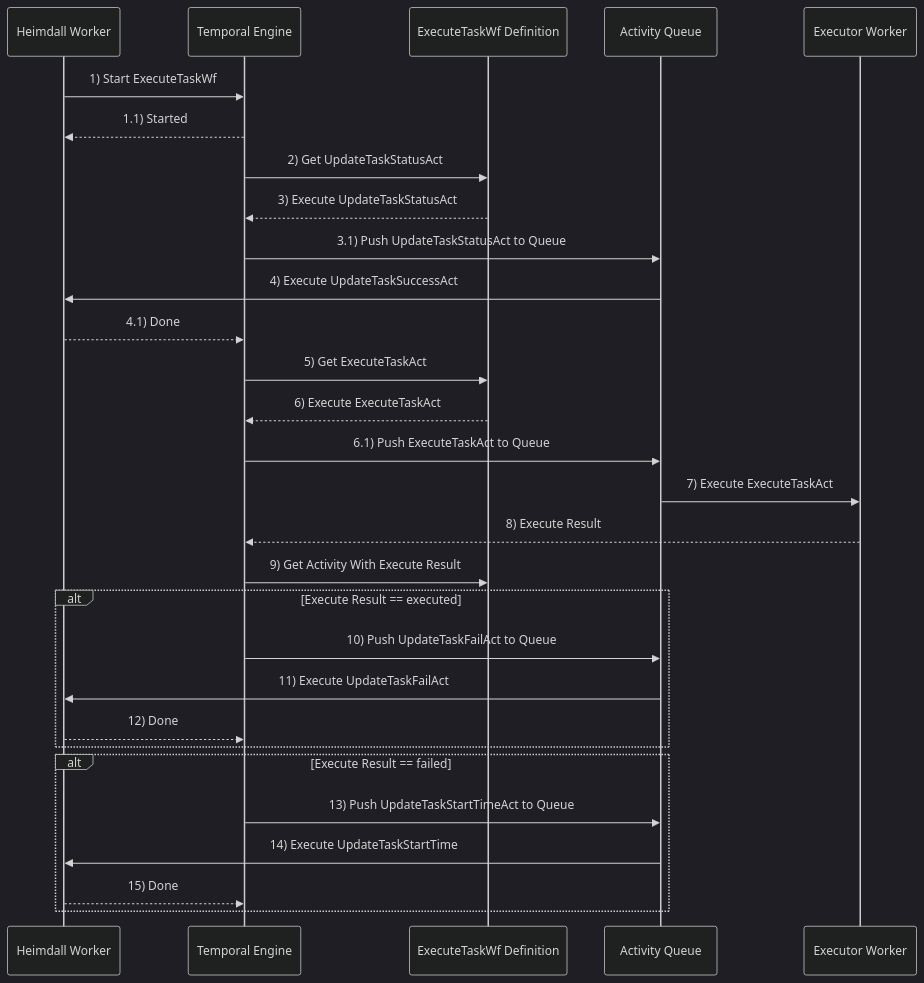
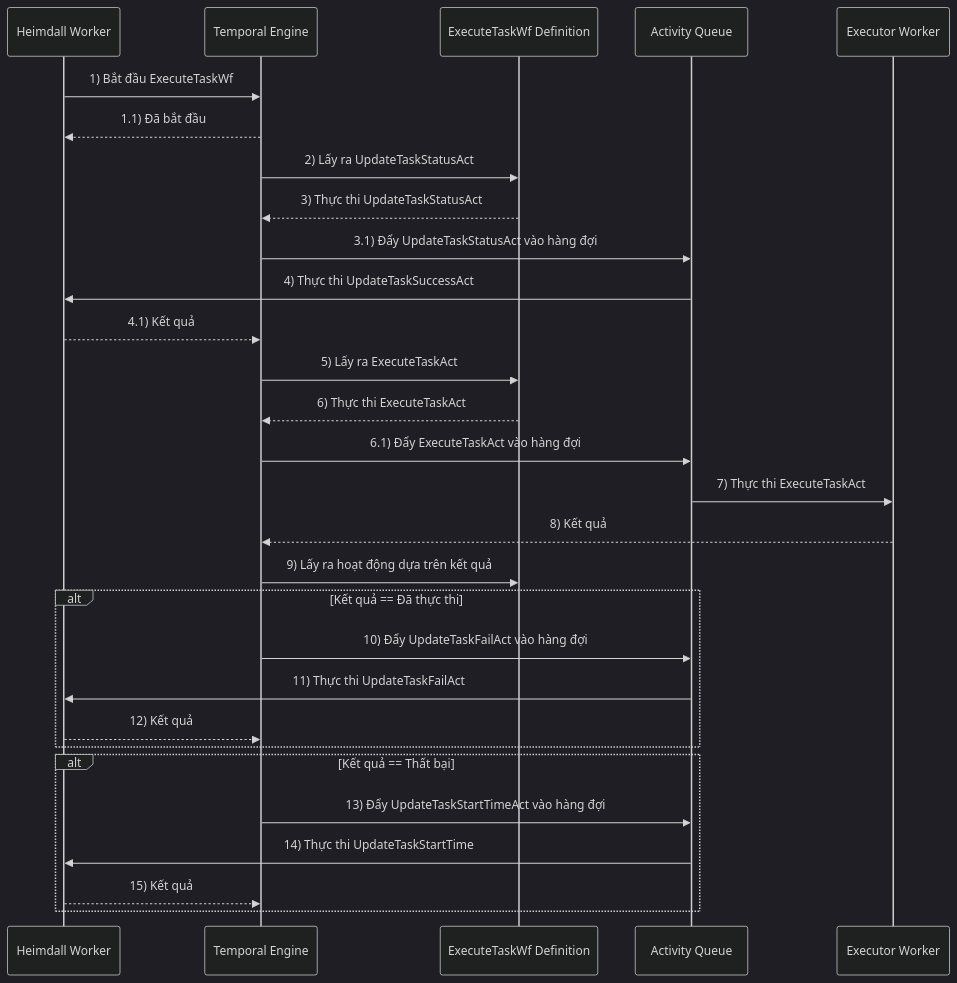
Before and after one commit to pinezapple/workflow: the diagram in doc/execute-task-wf-sequence.md, drawn with Mermaid (dark theme). The commit also changed 5 other files, not shown here.

Commit message:
translate diagram to vietnamese

````diff
--- a/doc/execute-task-wf-sequence.md
+++ b/doc/execute-task-wf-sequence.md
@@ -1,26 +1,26 @@
 ```mermaid
 sequenceDiagram
-	Heimdall Worker ->> Temporal Engine: 1) Start ExecuteTaskWf
-    Temporal Engine -->> Heimdall Worker: 1.1) Started
-    Temporal Engine ->> ExecuteTaskWf Definition: 2) Get UpdateTaskStatusAct
-    ExecuteTaskWf Definition -->> Temporal Engine: 3) Execute UpdateTaskStatusAct 
-    Temporal Engine ->> Activity Queue: 3.1) Push UpdateTaskStatusAct to Queue 
-    Activity Queue ->> Heimdall Worker: 4) Execute UpdateTaskSuccessAct
-    Heimdall Worker -->> Temporal Engine: 4.1) Done
-    Temporal Engine ->> ExecuteTaskWf Definition: 5) Get ExecuteTaskAct
-    ExecuteTaskWf Definition -->> Temporal Engine: 6) Execute ExecuteTaskAct 
-    Temporal Engine ->> Activity Queue: 6.1) Push ExecuteTaskAct to Queue 
-    Activity Queue ->> Executor Worker: 7) Execute ExecuteTaskAct
-    Executor Worker -->> Temporal Engine: 8) Execute Result 
-    Temporal Engine ->> ExecuteTaskWf Definition: 9) Get Activity With Execute Result 
-    alt Execute Result == executed  
-        Temporal Engine ->> Activity Queue: 10) Push UpdateTaskFailAct to Queue 
-        Activity Queue ->> Heimdall Worker: 11) Execute UpdateTaskFailAct
-        Heimdall Worker -->> Temporal Engine: 12) Done
+	Heimdall Worker ->> Temporal Engine: 1) Bắt đầu ExecuteTaskWf
+    Temporal Engine -->> Heimdall Worker: 1.1) Đã bắt đầu
+    Temporal Engine ->> ExecuteTaskWf Definition: 2) Lấy ra UpdateTaskStatusAct
+    ExecuteTaskWf Definition -->> Temporal Engine: 3) Thực thi UpdateTaskStatusAct 
+    Temporal Engine ->> Activity Queue: 3.1) Đẩy UpdateTaskStatusAct vào hàng đợi
+    Activity Queue ->> Heimdall Worker: 4) Thực thi UpdateTaskSuccessAct
+    Heimdall Worker -->> Temporal Engine: 4.1) Kết quả
+    Temporal Engine ->> ExecuteTaskWf Definition: 5) Lấy ra ExecuteTaskAct
+    ExecuteTaskWf Definition -->> Temporal Engine: 6) Thực thi ExecuteTaskAct 
+    Temporal Engine ->> Activity Queue: 6.1) Đẩy ExecuteTaskAct vào hàng đợi 
+    Activity Queue ->> Executor Worker: 7) Thực thi ExecuteTaskAct
+    Executor Worker -->> Temporal Engine: 8) Kết quả 
+    Temporal Engine ->> ExecuteTaskWf Definition: 9) Lấy ra hoạt động dựa trên kết quả 
+    alt Kết quả == Đã thực thi  
+        Temporal Engine ->> Activity Queue: 10) Đẩy UpdateTaskFailAct vào hàng đợi
+        Activity Queue ->> Heimdall Worker: 11) Thực thi UpdateTaskFailAct
+        Heimdall Worker -->> Temporal Engine: 12) Kết quả
     end 
-    alt Execute Result == failed  
-        Temporal Engine ->> Activity Queue: 13) Push UpdateTaskStartTimeAct to Queue 
-        Activity Queue ->> Heimdall Worker: 14) Execute UpdateTaskStartTime
-        Heimdall Worker -->> Temporal Engine: 15) Done
+    alt Kết quả == Thất bại  
+        Temporal Engine ->> Activity Queue: 13) Đẩy UpdateTaskStartTimeAct vào hàng đợi 
+        Activity Queue ->> Heimdall Worker: 14) Thực thi UpdateTaskStartTime
+        Heimdall Worker -->> Temporal Engine: 15) Kết quả 
     end 
 ```
````
